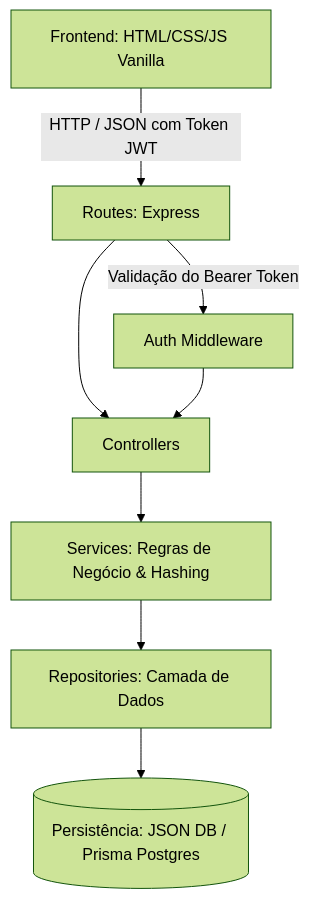
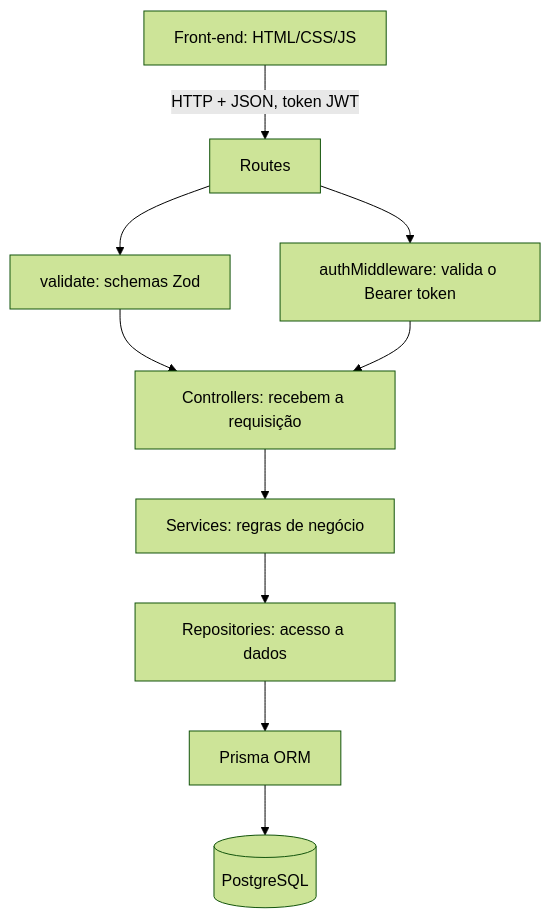
Before and after one commit to gamancio-tech/bairroAlerta: the diagram in README.md, drawn with Mermaid (forest theme). The commit also changed other lines of this file, not shown here.

````diff
--- a/README.md
+++ b/README.md
@@ -156,10 +82,12 @@
 ```mermaid
 graph TD
-    Client[Frontend: HTML/CSS/JS Vanilla] -->|HTTP / JSON com Token JWT| Routes[Routes: Express]
-    Routes -->|Validação do Bearer Token| Middleware[Auth Middleware]
-    Routes --> Controllers[Controllers]
+    Client[Front-end: HTML/CSS/JS] -->|HTTP + JSON, token JWT| Routes[Routes]
+    Routes --> Middleware[authMiddleware: valida o Bearer token]
+    Routes --> Validate[validate: schemas Zod]
+    Validate --> Controllers[Controllers: recebem a requisição]
     Middleware --> Controllers
-    Controllers --> Services[Services: Regras de Negócio & Hashing]
-    Services --> Repositories[Repositories: Camada de Dados]
-    Repositories --> Storage[(Persistência: JSON DB / Prisma Postgres)]
+    Controllers --> Services[Services: regras de negócio]
+    Services --> Repositories[Repositories: acesso a dados]
+    Repositories --> Prisma[Prisma ORM]
+    Prisma --> DB[(PostgreSQL)]
 ```
````
